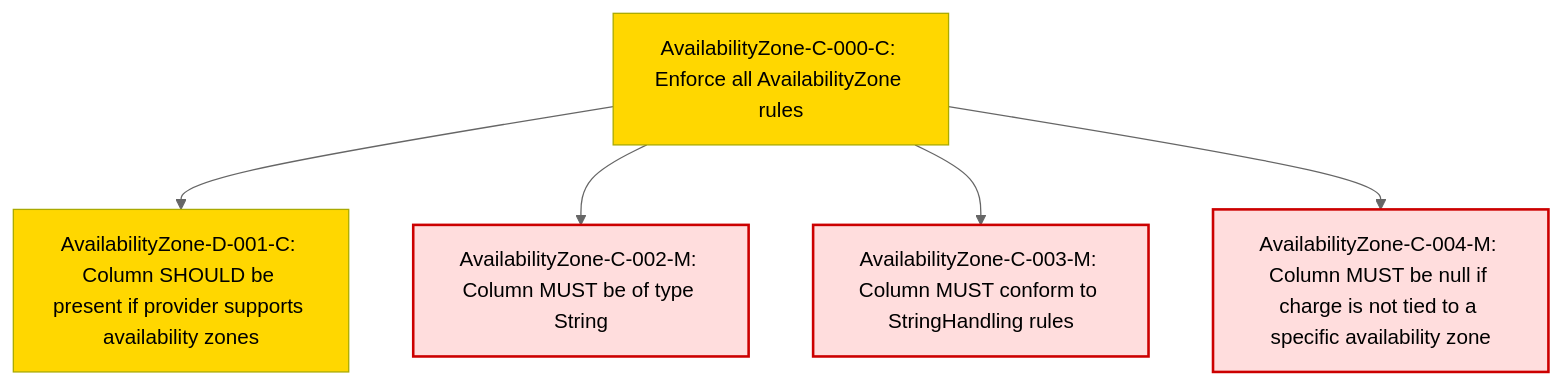
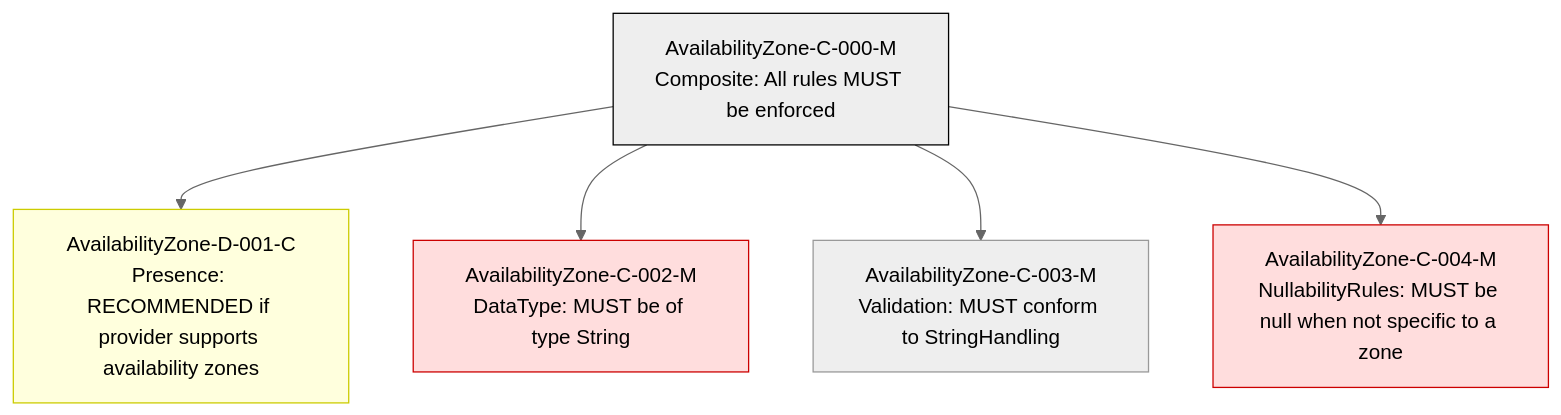
The diagram in specification/conformance/cr-stage1/availabilityzone_cr.md (FinOps-Open-Cost-and-Usage-Spec/FOCUS_Spec), drawn with Mermaid (neutral theme) before and after one commit.

Commit message:
updates to availability

````diff
--- a/specification/conformance/cr-stage1/availabilityzone_cr.md
+++ b/specification/conformance/cr-stage1/availabilityzone_cr.md
@@ -16,25 +16,28 @@
 ```mermaid
 
 graph TD
 
 %% Root Composite
-AZ000["AvailabilityZone-C-000-C: Enforce all AvailabilityZone rules"]
-AZ001["AvailabilityZone-D-001-C: Column SHOULD be present if provider supports availability zones"]
-AZ002["AvailabilityZone-C-002-M: Column MUST be of type String"]
-AZ003["AvailabilityZone-C-003-M: Column MUST conform to StringHandling rules"]
-AZ004["AvailabilityZone-C-004-M: Column MUST be null if charge is not tied to a specific availability zone"]
+AZ000["AvailabilityZone-C-000-M<br/>Composite: All rules MUST be enforced"]
+AZ001["AvailabilityZone-D-001-C<br/>Presence: RECOMMENDED if provider supports availability zones"]
+AZ002["AvailabilityZone-C-002-M<br/>DataType: MUST be of type String"]
+AZ003["AvailabilityZone-C-003-M<br/>Validation: MUST conform to StringHandling"]
+AZ004["AvailabilityZone-C-004-M<br/>NullabilityRules: MUST be null when not specific to a zone"]
 
-%% Root connections
+%% Composite connections
 AZ000 --> AZ001
 AZ000 --> AZ002
 AZ000 --> AZ003
 AZ000 --> AZ004
 
-%% Styling by Rule Type
-classDef mandatory fill:#fdd,stroke:#c00,stroke-width:2px;
-classDef conditional fill:#ffd700,stroke:#aa0,stroke-width:1px;
-classDef optional fill:#c0f5c0,stroke:#2c8c2c,stroke-width:1px;
+%% Styling
+classDef mandatory fill:#fdd,stroke:#c00
+classDef conditional fill:#ffd,stroke:#cc0
+classDef composite fill:#eee,stroke:#000
+classDef attribute fill:#dfd,stroke:#090
 
-class AZ000,AZ001 conditional;
-class AZ002,AZ003,AZ004 mandatory;
+class AZ000 composite
+class AZ001 conditional
+class AZ002,AZ004 mandatory
+class AZ003 mandatory,attribute
 ```
````
